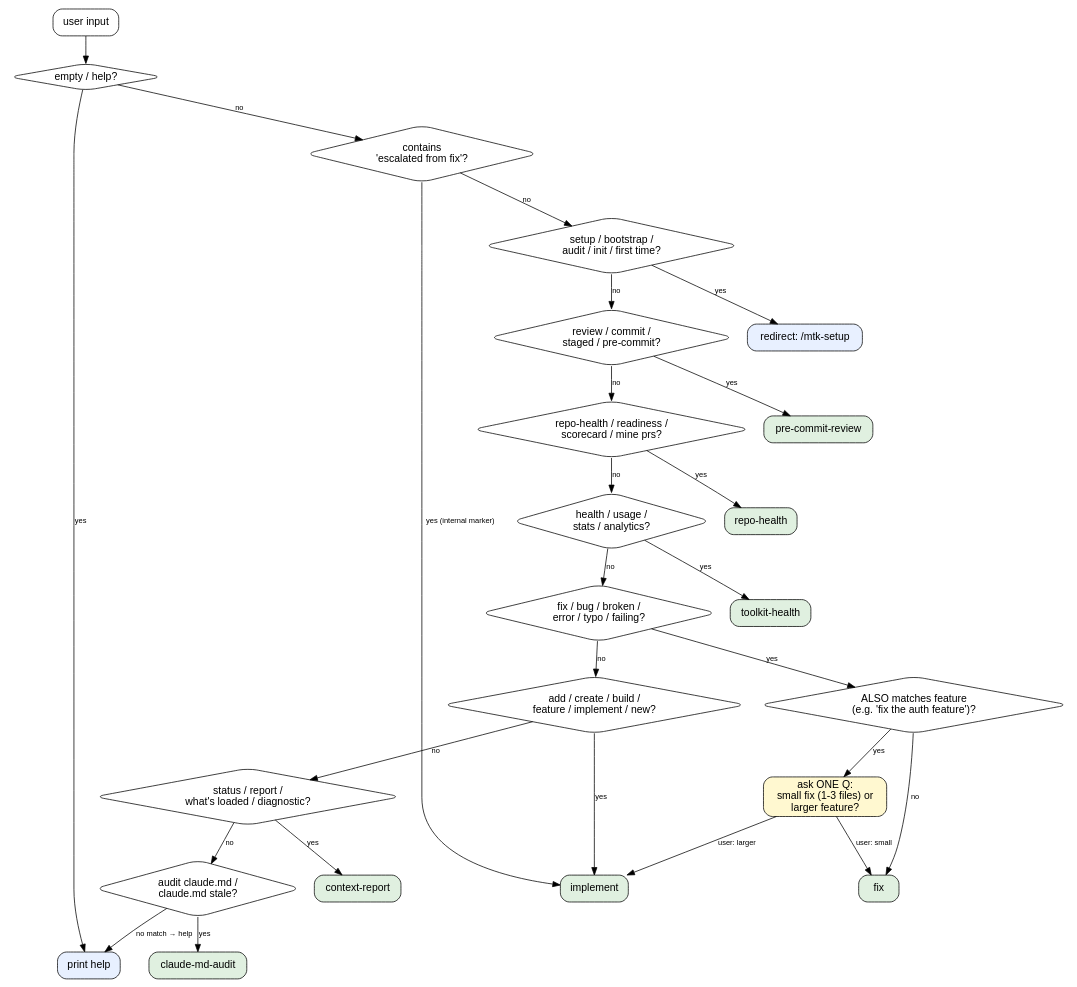
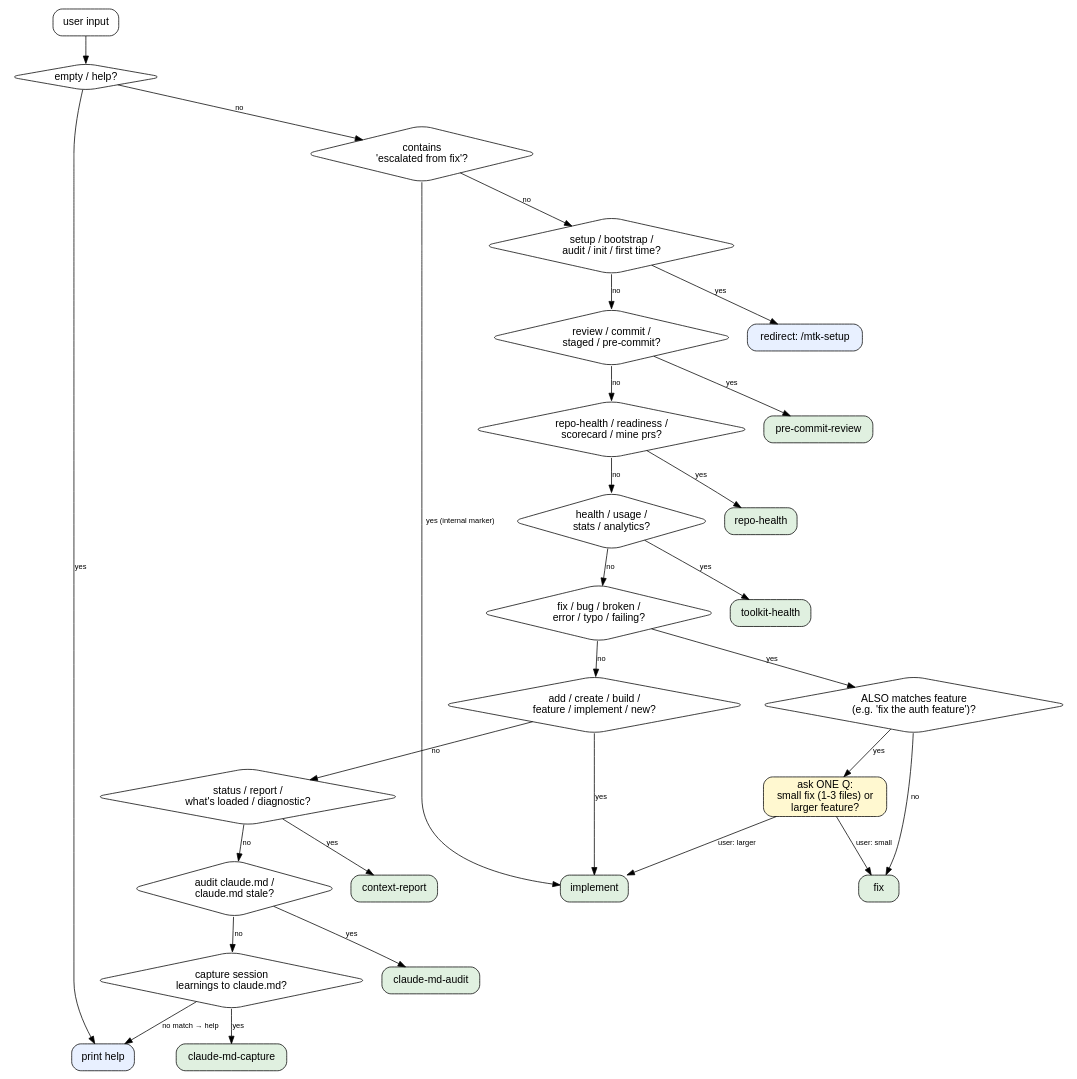
One commit to moberghr/mtk-agent-toolkit changed the diagram in .claude/skills/mtk/SKILL.md. Above: the diagram before and after it, drawn with Graphviz. The commit also changed other lines of this file and 10 other files, not shown here.

````diff
--- a/.claude/skills/mtk/SKILL.md
+++ b/.claude/skills/mtk/SKILL.md
@@ -17,56 +17,60 @@
 ```dot
 digraph mtk_routing {
   rankdir=TB;
   node [shape=box, style=rounded, fontname="Helvetica"];
   edge [fontname="Helvetica", fontsize=10];
 
   start    [label="user input"];
   empty    [label="empty / help?", shape=diamond];
   help     [label="print help", style="rounded,filled", fillcolor="#e8f0ff"];
   esc      [label="contains\n'escalated from fix'?", shape=diamond];
   setup    [label="setup / bootstrap /\naudit / init / first time?", shape=diamond];
   redirect [label="redirect: /mtk-setup", style="rounded,filled", fillcolor="#e8f0ff"];
   rev      [label="review / commit /\nstaged / pre-commit?", shape=diamond];
   pcr      [label="pre-commit-review", style="rounded,filled", fillcolor="#e0f0e0"];
   rhlth    [label="repo-health / readiness /\nscorecard / mine prs?", shape=diamond];
   rh       [label="repo-health", style="rounded,filled", fillcolor="#e0f0e0"];
   hlth     [label="health / usage /\nstats / analytics?", shape=diamond];
   th       [label="toolkit-health", style="rounded,filled", fillcolor="#e0f0e0"];
   fixv     [label="fix / bug / broken /\nerror / typo / failing?", shape=diamond];
   feat     [label="add / create / build /\nfeature / implement / new?", shape=diamond];
   ambig    [label="ALSO matches feature\n(e.g. 'fix the auth feature')?", shape=diamond];
   ask      [label="ask ONE Q:\nsmall fix (1-3 files) or\nlarger feature?", style="rounded,filled", fillcolor="#fff8d0"];
   fix      [label="fix", style="rounded,filled", fillcolor="#e0f0e0"];
   impl     [label="implement", style="rounded,filled", fillcolor="#e0f0e0"];
   stat     [label="status / report /\nwhat's loaded / diagnostic?", shape=diamond];
   cr       [label="context-report", style="rounded,filled", fillcolor="#e0f0e0"];
   cmd      [label="audit claude.md /\nclaude.md stale?", shape=diamond];
   cma      [label="claude-md-audit", style="rounded,filled", fillcolor="#e0f0e0"];
+  cmc      [label="capture session\nlearnings to claude.md?", shape=diamond];
+  cmcap    [label="claude-md-capture", style="rounded,filled", fillcolor="#e0f0e0"];
 
   start -> empty;
   empty -> help [label="yes"];
   empty -> esc  [label="no"];
   esc   -> impl [label="yes (internal marker)"];
   esc   -> setup [label="no"];
   setup -> redirect [label="yes"];
   setup -> rev  [label="no"];
   rev   -> pcr  [label="yes"];
   rev   -> rhlth [label="no"];
   rhlth -> rh   [label="yes"];
   rhlth -> hlth [label="no"];
   hlth  -> th   [label="yes"];
   hlth  -> fixv [label="no"];
   fixv  -> ambig [label="yes"];
   ambig -> ask  [label="yes"];
   ambig -> fix  [label="no"];
   ask   -> fix  [label="user: small"];
   ask   -> impl [label="user: larger"];
   fixv  -> feat [label="no"];
   feat  -> impl [label="yes"];
   feat  -> stat [label="no"];
   stat  -> cr   [label="yes"];
   stat  -> cmd  [label="no"];
   cmd   -> cma  [label="yes"];
-  cmd   -> help [label="no match → help"];
+  cmd   -> cmc  [label="no"];
+  cmc   -> cmcap [label="yes"];
+  cmc   -> help [label="no match → help"];
 }
 ```
````
